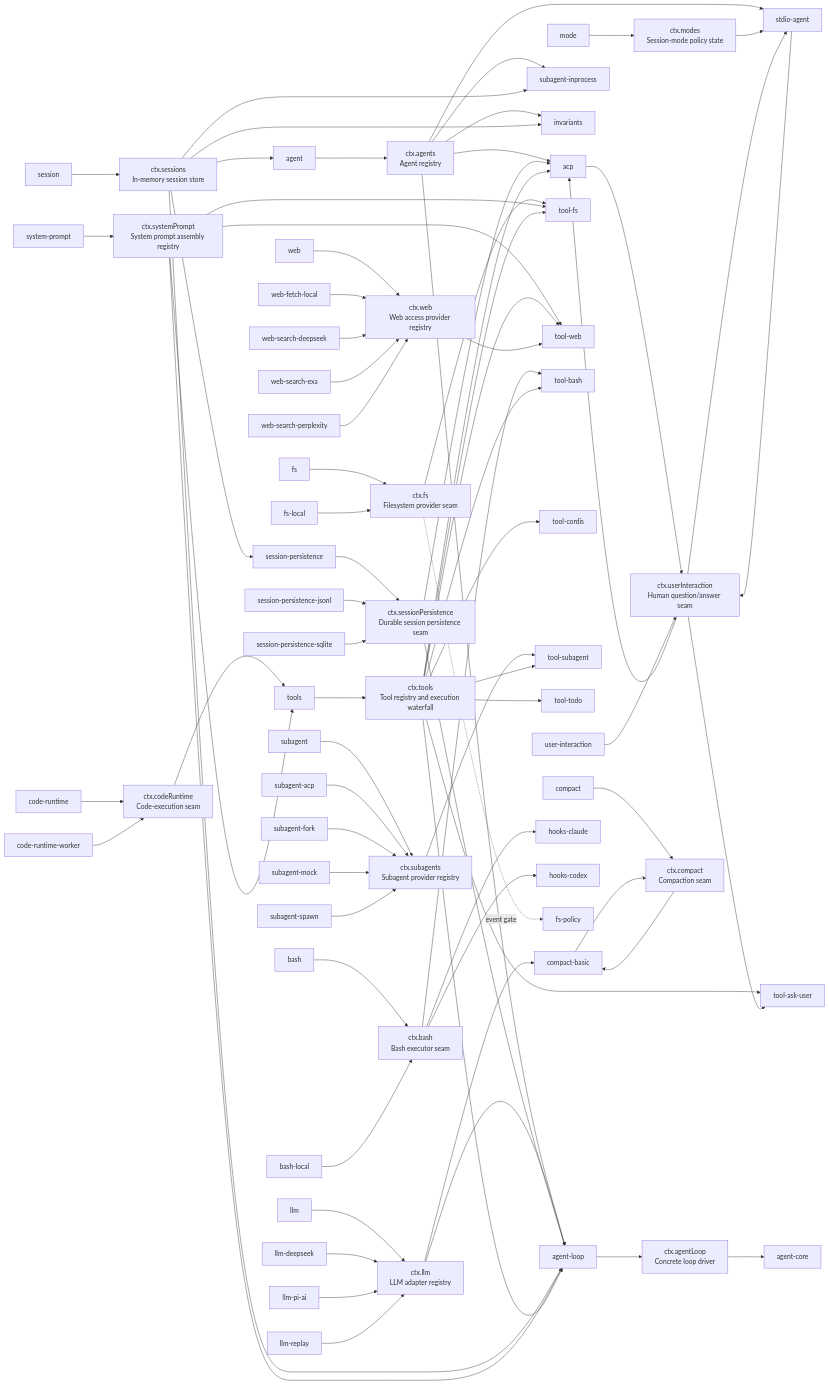
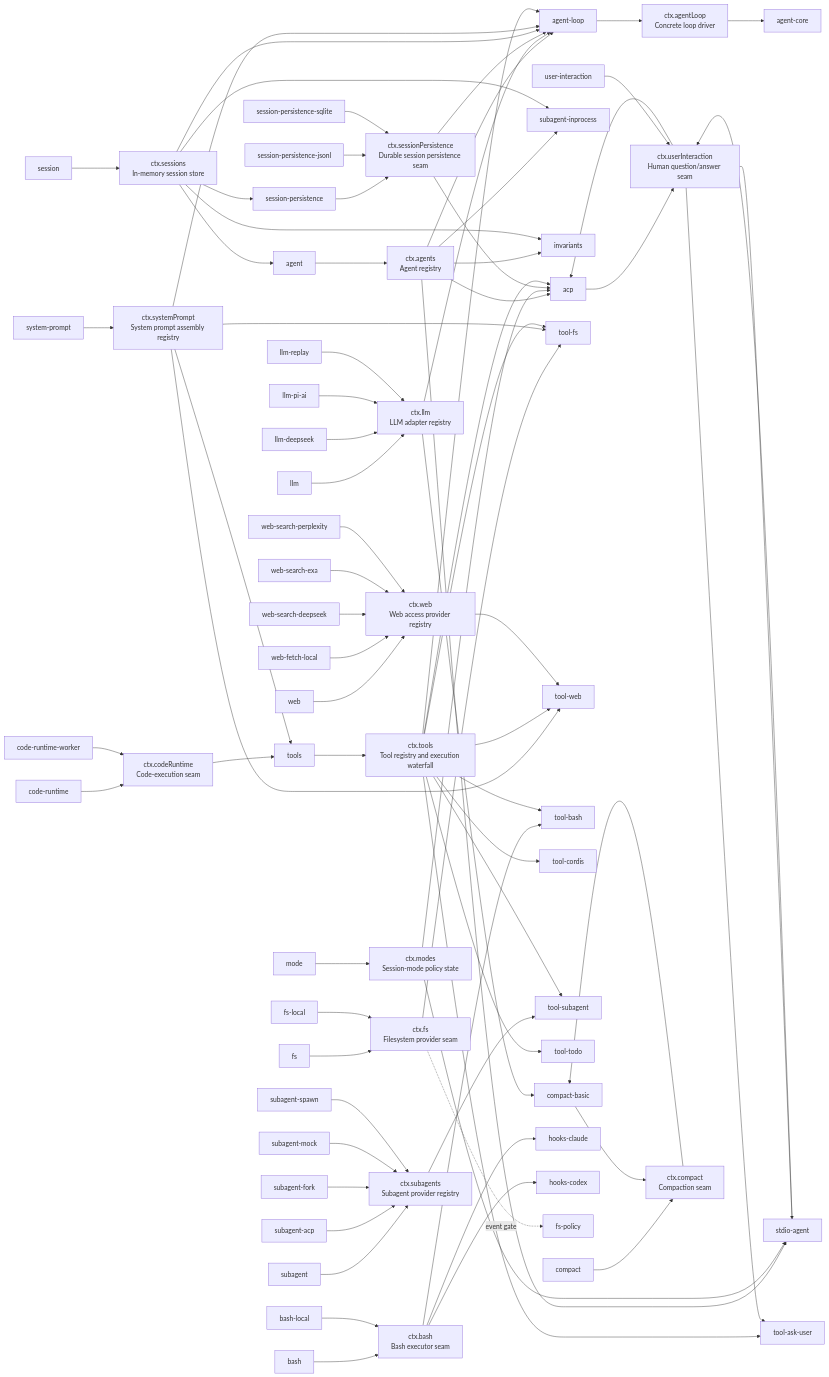
One commit to 007M7/DeepCode changed the diagram in docs/capability-seams.md. Above: the diagram before and after it, drawn with Mermaid. The commit also changed other lines of this file and 42 other files, not shown here.

```diff
--- a/docs/capability-seams.md
+++ b/docs/capability-seams.md
@@ -117,6 +117,7 @@
   svc_fs --> pkg_tool_fs
   svc_llm --> pkg_agent_loop
   svc_llm --> pkg_compact_basic
+  svc_modes --> pkg_acp
   svc_modes --> pkg_stdio_agent
   svc_sessionPersistence --> pkg_acp
   svc_sessionPersistence --> pkg_agent_loop
```
